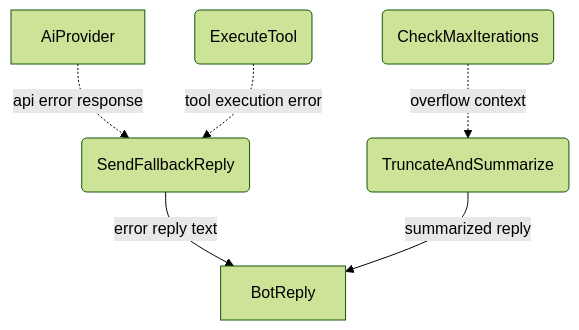
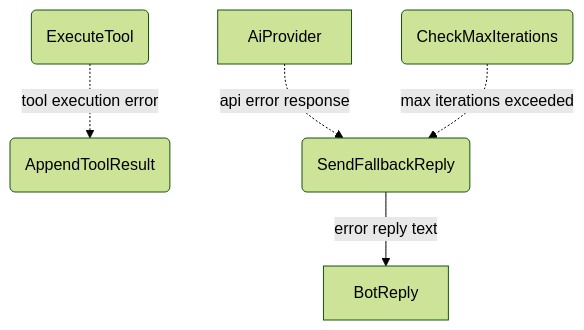
Before and after one commit to cosmoswafer/rockbot: the second of 6 diagrams in _dfds/agent-harness.md, drawn with Mermaid (forest theme). The commit also changed other lines of this file and 11 other files, not shown here.

````diff
--- a/_dfds/agent-harness.md
+++ b/_dfds/agent-harness.md
@@ -68,15 +68,14 @@
 ```mermaid
 flowchart TD
     AI[AiProvider]
     TOOL_EXEC(ExecuteTool)
     LOOP_LIMIT(CheckMaxIterations)
+    APPEND(AppendToolResult)
     FALLBACK(SendFallbackReply)
-    TRUNC(TruncateAndSummarize)
     REPLY[BotReply]
 
     AI -.->|"api error response"| FALLBACK
-    TOOL_EXEC -.->|"tool execution error"| FALLBACK
+    TOOL_EXEC -.->|"tool execution error"| APPEND
+    LOOP_LIMIT -.->|"max iterations exceeded"| FALLBACK
     FALLBACK -->|"error reply text"| REPLY
-    LOOP_LIMIT -.->|"overflow context"| TRUNC
-    TRUNC -->|"summarized reply"| REPLY
 ```
````
